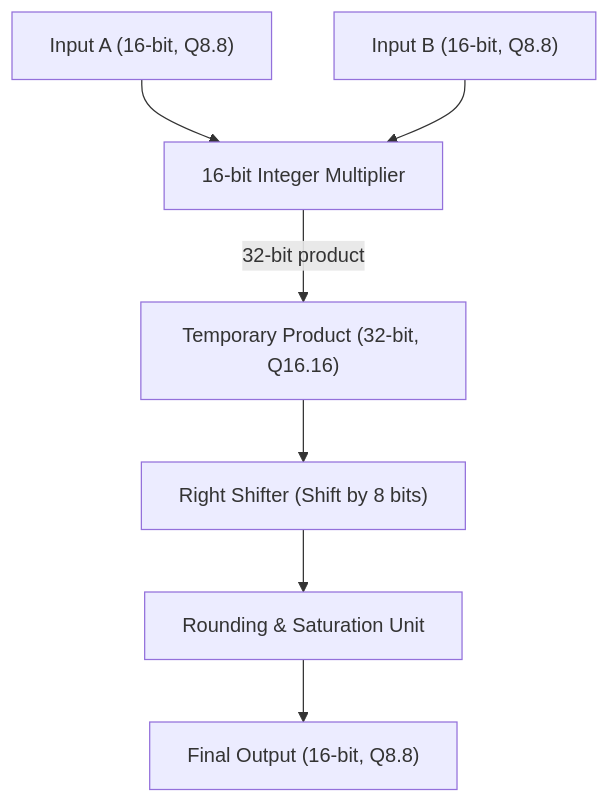
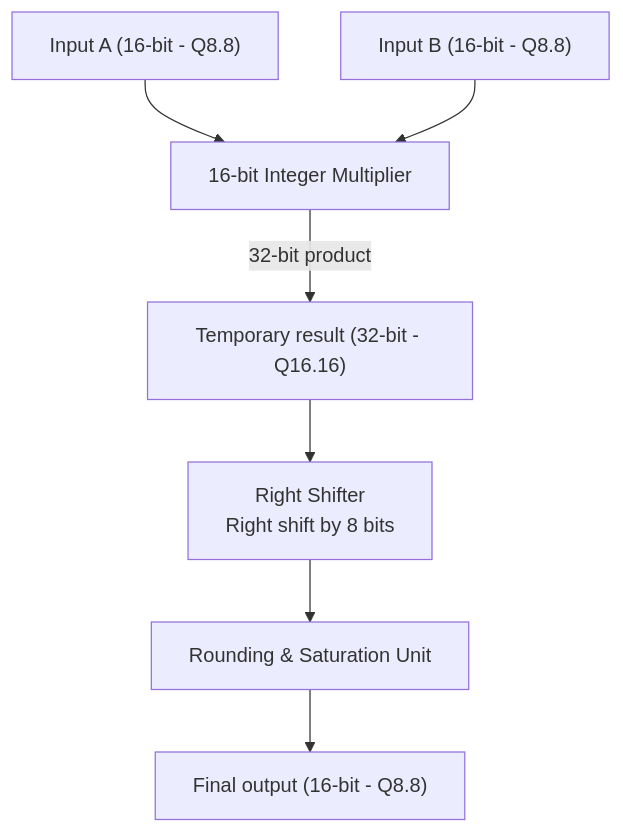
Before and after one commit to Mohammad-Khoshroo/number-systems: the eighth of 12 diagrams in FXP/FXP.md, drawn with Mermaid. The commit also changed other lines of this file and 1 other file, not shown here.

````diff
--- a/FXP/FXP.md
+++ b/FXP/FXP.md
@@ -167,14 +335,14 @@
 ```mermaid
 flowchart TD
-    A["Input A (16-bit, Q8.8)"]
-    B["Input B (16-bit, Q8.8)"]
+    A["Input A (16-bit - Q8.8)"]
+    B["Input B (16-bit - Q8.8)"]
 
     A --> MUL["16-bit Integer Multiplier"]
     B --> MUL
     
-    MUL -->|32-bit product| RES["Temporary Product (32-bit, Q16.16)"]
-    RES --> SHIFT["Right Shifter (Shift by 8 bits)"]
+    MUL -->|32-bit product| RES["Temporary result (32-bit - Q16.16)"]
+    RES --> SHIFT["Right Shifter<br/>Right shift by 8 bits"]
     
     SHIFT --> SAT["Rounding & Saturation Unit"]
-    SAT --> OUT["Final Output (16-bit, Q8.8)"]
+    SAT --> OUT["Final output (16-bit - Q8.8)"]
 ```
````
